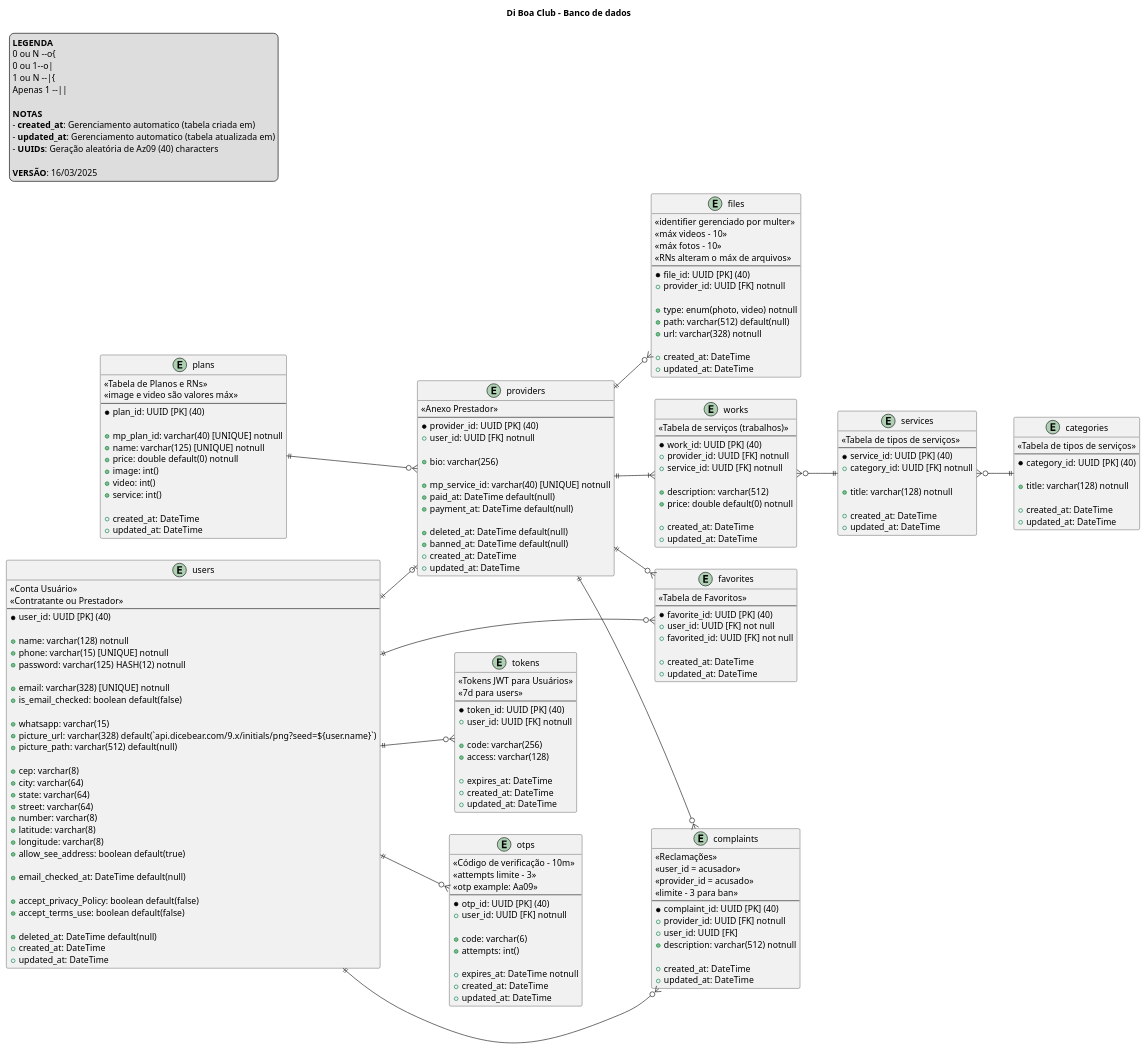
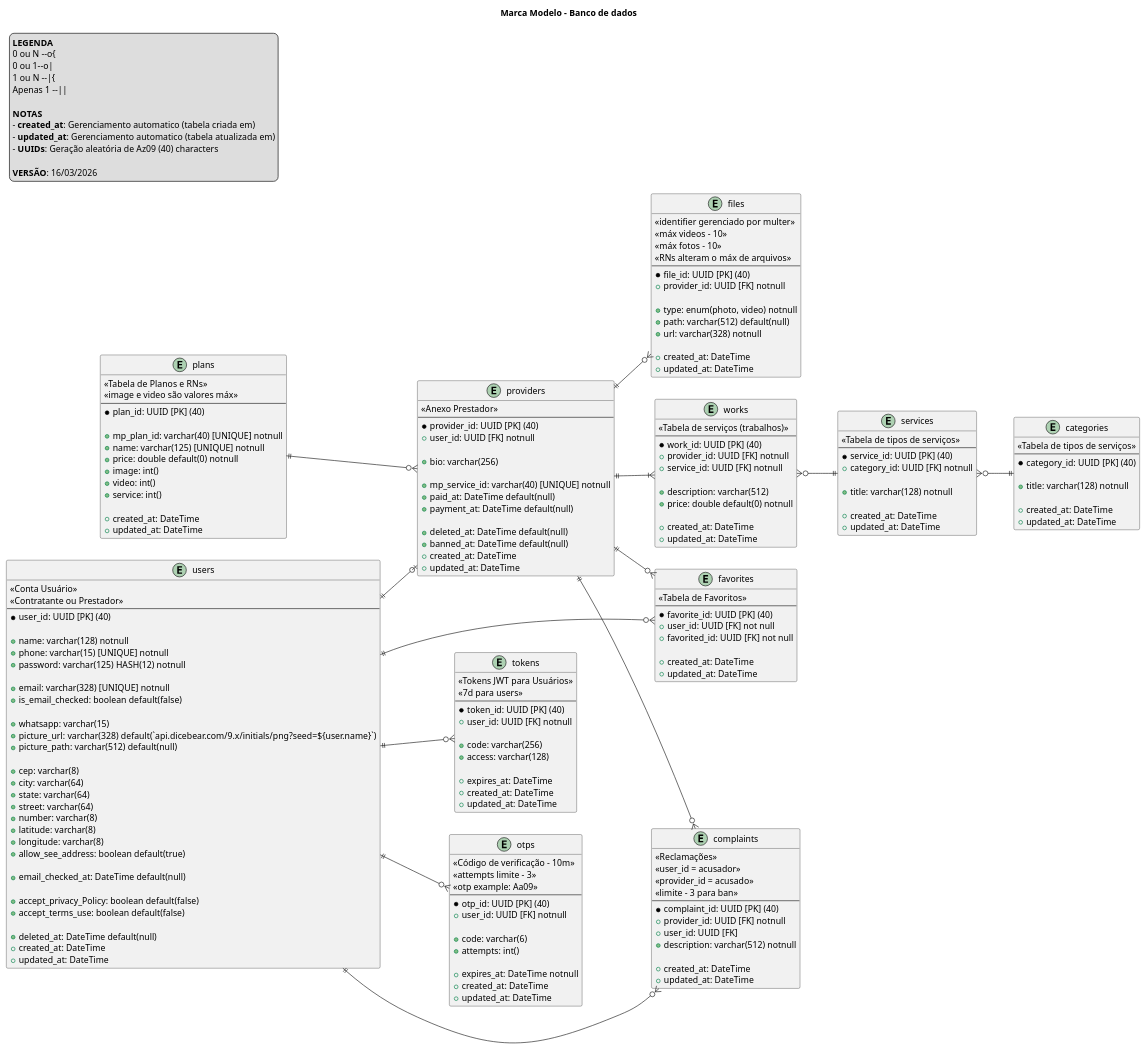
The diagram in backend/docs/database.plantuml (ChedowPlay/projeto-prestadores), drawn with PlantUML before and after one commit. The commit also changed 15 other files, not shown here.

```diff
--- a/backend/docs/database.plantuml
+++ b/backend/docs/database.plantuml
@@ -1,6 +1,6 @@
 @startuml
 left to right direction
-title Di Boa Club - Banco de dados
+title Marca Modelo - Banco de dados
 
 
 legend top left
@@ -15,7 +15,7 @@
     - **updated_at**: Gerenciamento automatico (tabela atualizada em)
     - **UUIDs**: Geração aleatória de Az09 (40) characters
 
-    **VERSÃO**: 16/03/2025
+    **VERSÃO**: 16/03/2026
 endlegend
 
 
```
